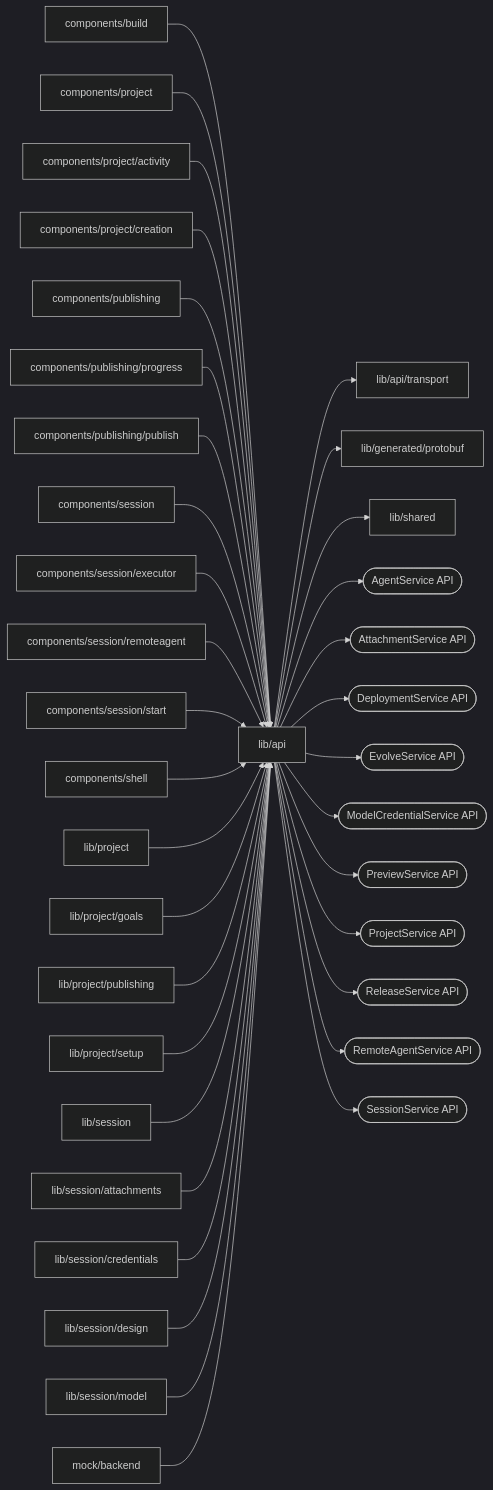
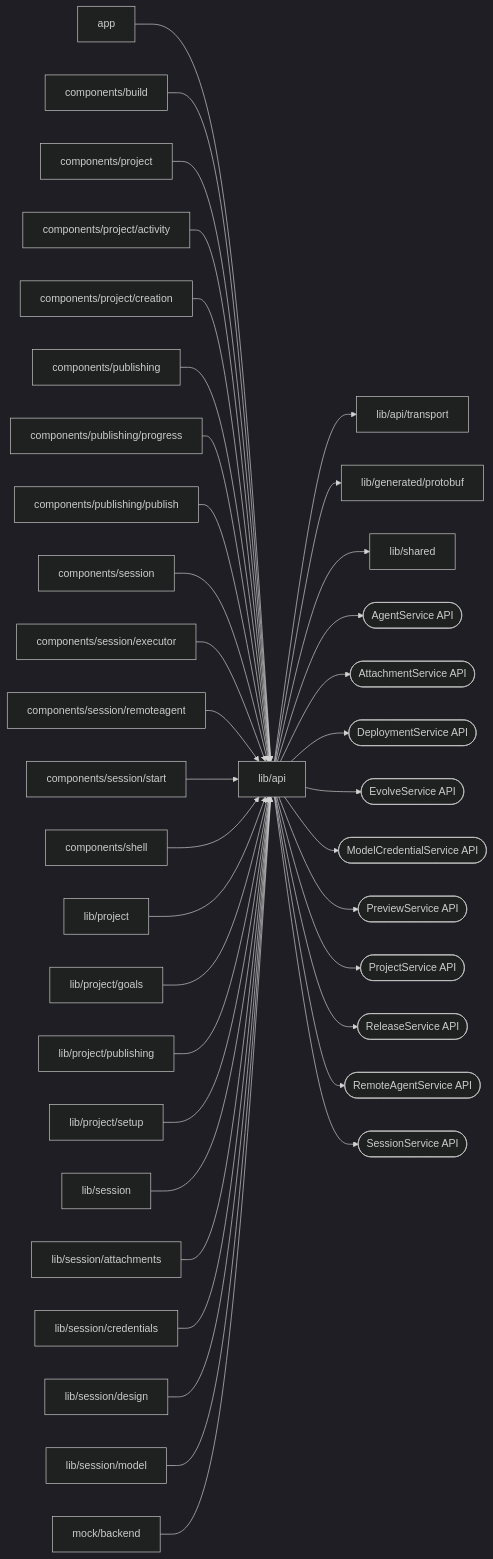
The diagram in web/studio/lib/api/README.md (superdurable/superverse), drawn with Mermaid (dark theme) before and after one commit. The commit also changed other lines of this file and 96 other files, not shown here.

````diff
--- a/web/studio/lib/api/README.md
+++ b/web/studio/lib/api/README.md
@@ -10,39 +10,40 @@
 ```mermaid
 flowchart LR
   self["lib/api"]
-  c0["components/build"] --> self
-  c1["components/project"] --> self
-  c2["components/project/activity"] --> self
-  c3["components/project/creation"] --> self
-  c4["components/publishing"] --> self
-  c5["components/publishing/progress"] --> self
-  c6["components/publishing/publish"] --> self
-  c7["components/session"] --> self
-  c8["components/session/executor"] --> self
-  c9["components/session/remoteagent"] --> self
-  c10["components/session/start"] --> self
-  c11["components/shell"] --> self
-  c12["lib/project"] --> self
-  c13["lib/project/goals"] --> self
-  c14["lib/project/publishing"] --> self
-  c15["lib/project/setup"] --> self
-  c16["lib/session"] --> self
-  c17["lib/session/attachments"] --> self
-  c18["lib/session/credentials"] --> self
-  c19["lib/session/design"] --> self
-  c20["lib/session/model"] --> self
-  c21["mock/backend"] --> self
+  c0["app"] --> self
+  c1["components/build"] --> self
+  c2["components/project"] --> self
+  c3["components/project/activity"] --> self
+  c4["components/project/creation"] --> self
+  c5["components/publishing"] --> self
+  c6["components/publishing/progress"] --> self
+  c7["components/publishing/publish"] --> self
+  c8["components/session"] --> self
+  c9["components/session/executor"] --> self
+  c10["components/session/remoteagent"] --> self
+  c11["components/session/start"] --> self
+  c12["components/shell"] --> self
+  c13["lib/project"] --> self
+  c14["lib/project/goals"] --> self
+  c15["lib/project/publishing"] --> self
+  c16["lib/project/setup"] --> self
+  c17["lib/session"] --> self
+  c18["lib/session/attachments"] --> self
+  c19["lib/session/credentials"] --> self
+  c20["lib/session/design"] --> self
+  c21["lib/session/model"] --> self
+  c22["mock/backend"] --> self
   self --> d0["lib/api/transport"]
   self --> d1["lib/generated/protobuf"]
   self --> d2["lib/shared"]
   self --> e0(["AgentService API"])
   self --> e1(["AttachmentService API"])
   self --> e2(["DeploymentService API"])
   self --> e3(["EvolveService API"])
   self --> e4(["ModelCredentialService API"])
   self --> e5(["PreviewService API"])
   self --> e6(["ProjectService API"])
   self --> e7(["ReleaseService API"])
   self --> e8(["RemoteAgentService API"])
   self --> e9(["SessionService API"])
 ```
````
